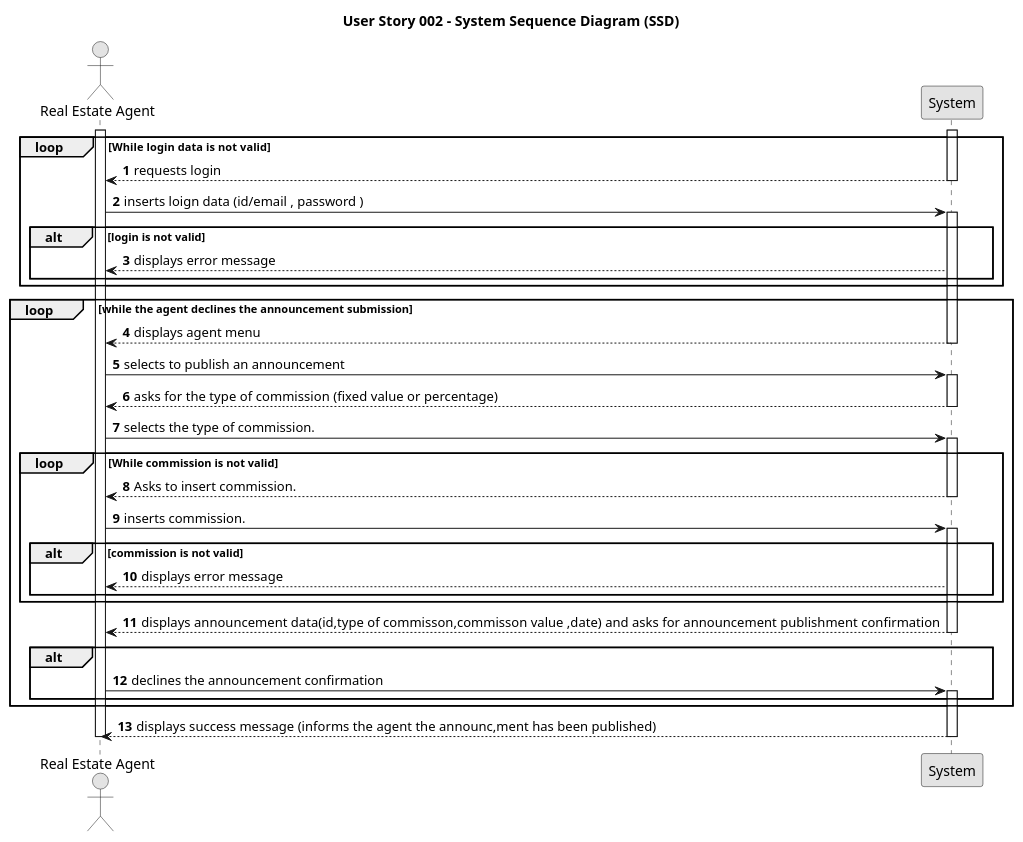
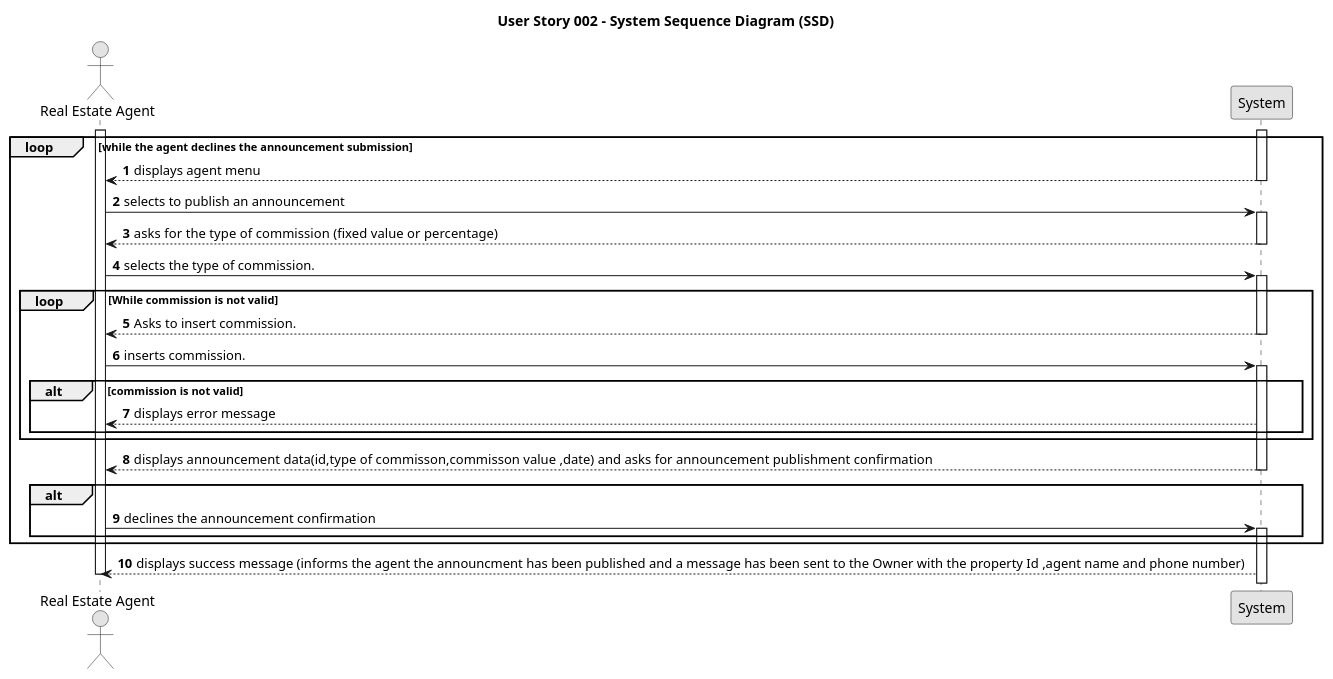
One commit to Rodrick0209/ISEP-LAPR2-22-23 changed the diagram in docs/Sprint-D/US002/01.requirements-engineering/puml/us002-system-sequence-diagram-alternative-one.puml. Above: the diagram before and after it, drawn with PlantUML. The commit also changed 2 other files, not shown here.

```diff
--- a/docs/Sprint-D/US002/01.requirements-engineering/puml/us002-system-sequence-diagram-alternative-one.puml
+++ b/docs/Sprint-D/US002/01.requirements-engineering/puml/us002-system-sequence-diagram-alternative-one.puml
@@ -1,86 +1,72 @@
 @startuml
 skinparam monochrome true
 skinparam packageStyle rectangle
 skinparam shadowing false
 
 title User Story 002 - System Sequence Diagram (SSD)
 
 
 autonumber
 
 
 
 actor "Real Estate Agent" as Agent
 participant "System" as System
 
 
-
 activate Agent
-
-loop While login data is  not valid
-activate System
-System --> Agent : requests login
-deactivate System
-Agent -> System : inserts loign data (id/email , password )
-alt login is not valid
-activate System
-System --> Agent : displays error message
-
-end
-end
 
 activate System
 loop while the agent declines the announcement submission
 
 
 System --> Agent: displays agent menu
 
 deactivate System
  Agent -> System : selects to publish an announcement
 
  activate System
 
  System --> Agent: asks for the type of commission (fixed value  or percentage)
 
    deactivate System
     Agent-> System: selects the type of commission.
 
 
 
       loop While commission is not valid
       activate System
       System --> Agent: Asks to insert commission.
       deactivate System
 
        Agent -> System:  inserts commission.
 
        alt commission is not valid
        activate System
        System --> Agent : displays error message
        end
        end
 
 
    System --> Agent : displays announcement  data(id,type of commisson,commisson value ,date) and asks for announcement publishment confirmation
    deactivate System
 
 alt
   Agent -> System : declines the announcement confirmation
   activate System
   end
   end
-  System --> Agent: displays success message  (informs the agent the announc,ment has been published)
-   deactivate System
+  System --> Agent: displays success message (informs the agent the announcment has been published and a message has been sent to the Owner with the property Id ,agent name and phone number)
 deactivate Agent
 
 
 
 
 
 
 
 
 
 
 
 @enduml
```
